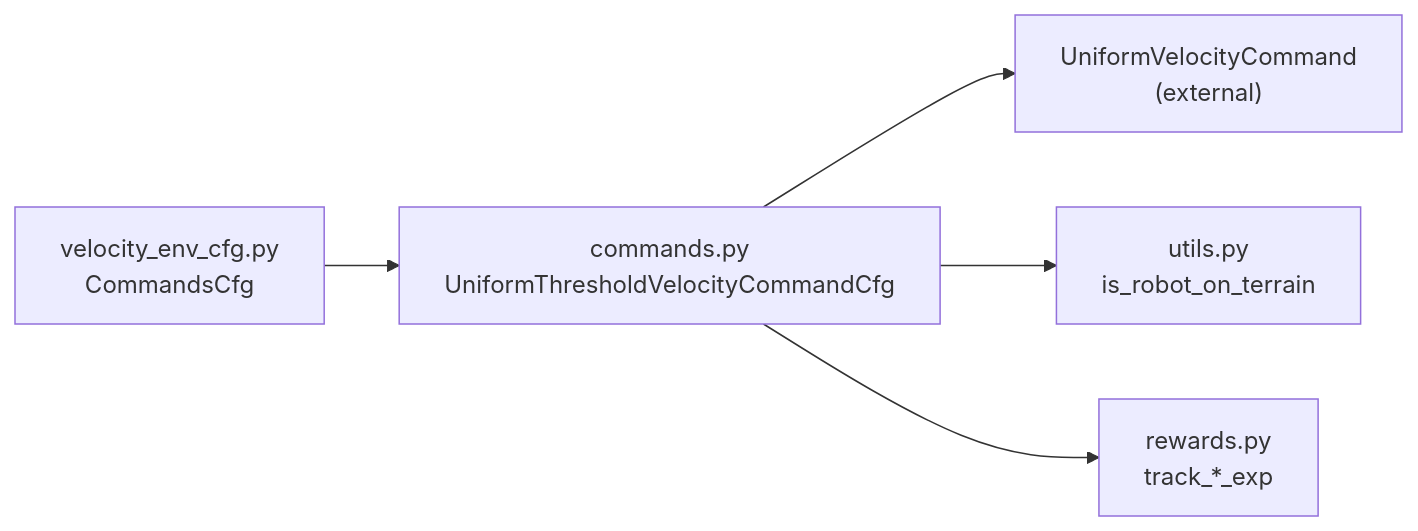
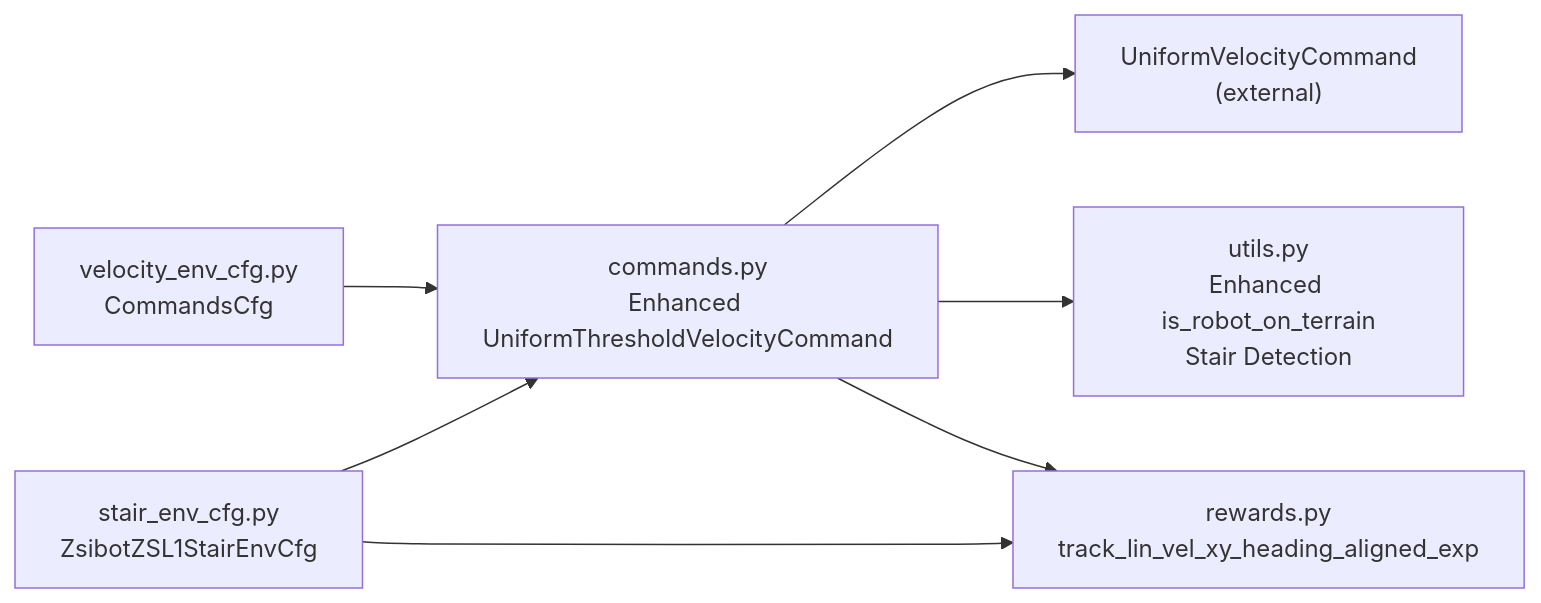
The fourth of 4 diagrams in .qoder/repowiki/en/content/Task Configuration Framework/Velocity-Based Locomotion Tasks/Command Generation and Tracking.md (jayjayhust/robot_lab), drawn with Mermaid before and after one commit. The commit also changed other lines of this file and 21 other files, not shown here.

Commit message:
add stair config for zsl1

````diff
--- a/.qoder/repowiki/en/content/Task Configuration Framework/Velocity-Based Locomotion Tasks/Command Generation and Tracking.md
+++ b/.qoder/repowiki/en/content/Task Configuration Framework/Velocity-Based Locomotion Tasks/Command Generation and Tracking.md
@@ -207,7 +253,9 @@
 ```mermaid
 graph LR
-VE_CFG["velocity_env_cfg.py<br/>CommandsCfg"] --> CMD["commands.py<br/>UniformThresholdVelocityCommandCfg"]
+VE_CFG["velocity_env_cfg.py<br/>CommandsCfg"] --> CMD["commands.py<br/>Enhanced UniformThresholdVelocityCommand"]
 CMD --> BASE["UniformVelocityCommand<br/>(external)"]
-CMD --> UTL["utils.py<br/>is_robot_on_terrain"]
-CMD --> REW["rewards.py<br/>track_*_exp"]
+CMD --> UTL["utils.py<br/>Enhanced is_robot_on_terrain<br/>Stair Detection"]
+CMD --> REW["rewards.py<br/>track_lin_vel_xy_heading_aligned_exp"]
+STAIR_CFG["stair_env_cfg.py<br/>ZsibotZSL1StairEnvCfg"] --> CMD
+STAIR_CFG --> REW
 ```
````
